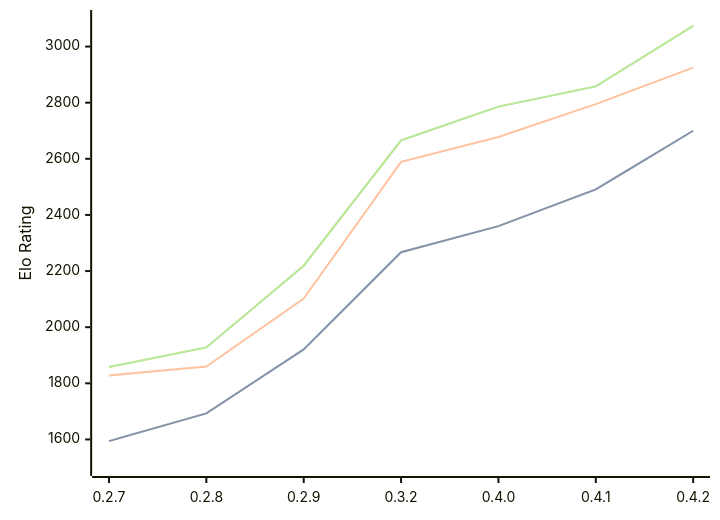
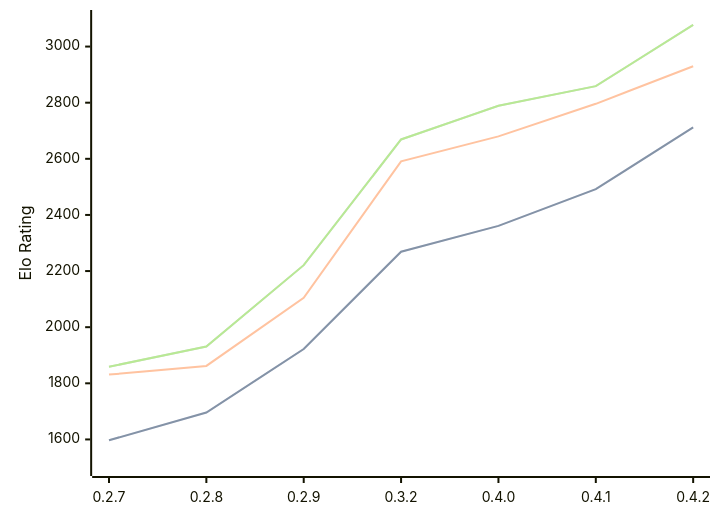
Before and after one commit to computer-chess-index/cci: the diagram in engines/Dual.md, drawn with Mermaid. The commit also changed other lines of this file, not shown here.

Commit message:
Update CCI Ratings (ELO VLTC) - 2026-08-22

````diff
--- a/engines/Dual.md
+++ b/engines/Dual.md
@@ -39,11 +39,11 @@
 ```mermaid
 %%{init: {"theme":"base","themeVariables":{"seriesColors:['#a3a3a3','#222221','#faa371']}}}%%
 xychart-beta
   x-axis ["0.2.7", "0.2.8", "0.2.9", "0.3.2", "0.4.0", "0.4.1", "0.4.2"]
   y-axis "Elo Rating" 1500 --> 3100
-  line "STC (8.0+0.08s)" [1594, 1693, 1921, 2267, 2360, 2491, 2700]
-  line "STC (8.0+0.08s)" [1594, 1693, 1921, 2267, 2360, 2491, 2700]
-  line "LTC (60.0+0.60s)" [1828, 1860, 2102, 2589, 2678, 2795, 2925]
-  line "VLTC (2m24s+1.12s)" [1858, 1928, 2219, 2666, 2786, 2858, 3074]
-  line "VLTC (2m24s+1.12s)" [1858, 1928, 2219, 2666, 2786, 2858, 3074]
+  line "STC (8.0+0.08s)" [1597, 1696, 1922, 2269, 2361, 2492, 2712]
+  line "STC (8.0+0.08s)" [1597, 1696, 1922, 2269, 2361, 2492, 2712]
+  line "LTC (60.0+0.60s)" [1831, 1862, 2105, 2591, 2680, 2796, 2930]
+  line "VLTC (2m24s+1.12s)" [1859, 1931, 2221, 2669, 2789, 2859, 3077]
+  line "VLTC (2m24s+1.12s)" [1859, 1931, 2221, 2669, 2789, 2859, 3077]
 ```
````
